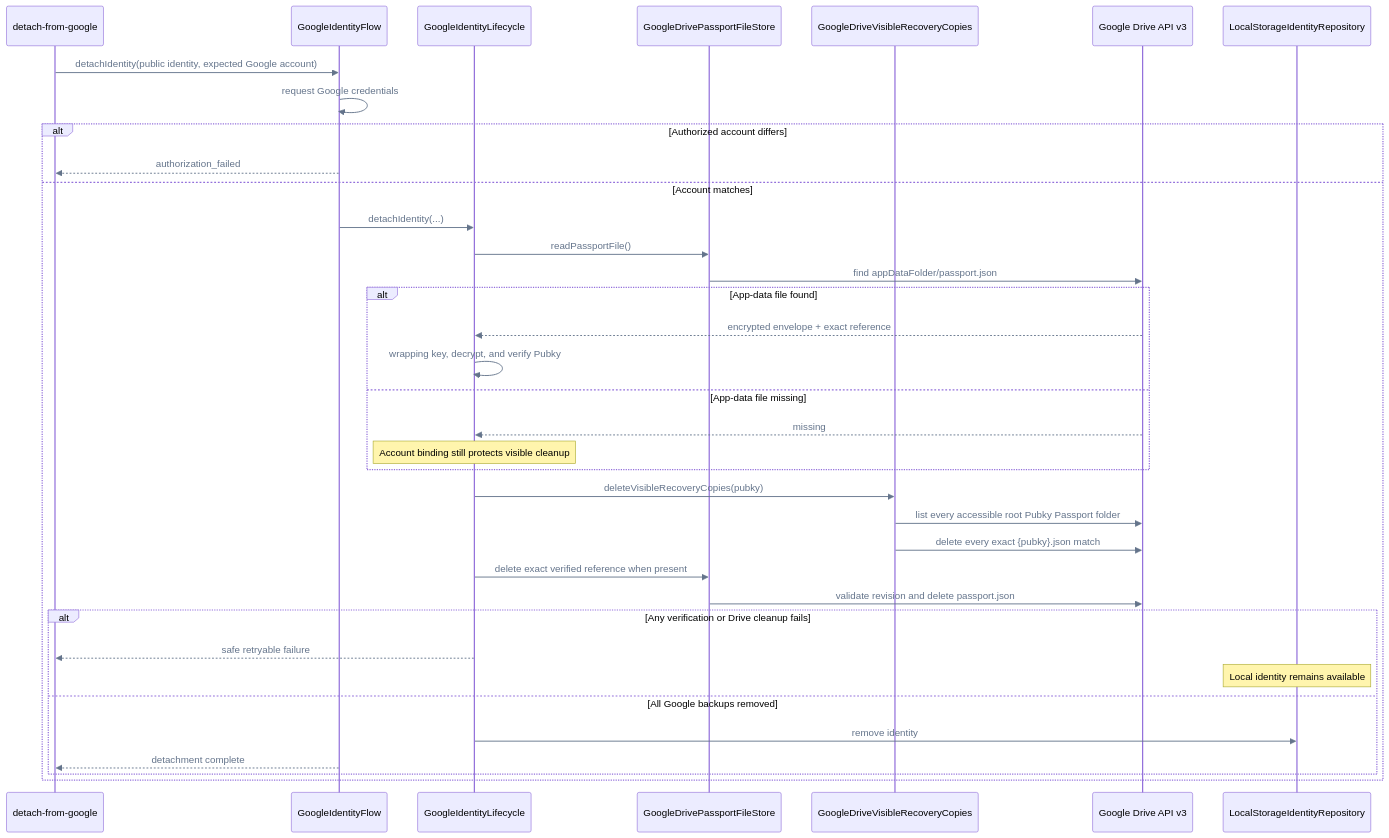
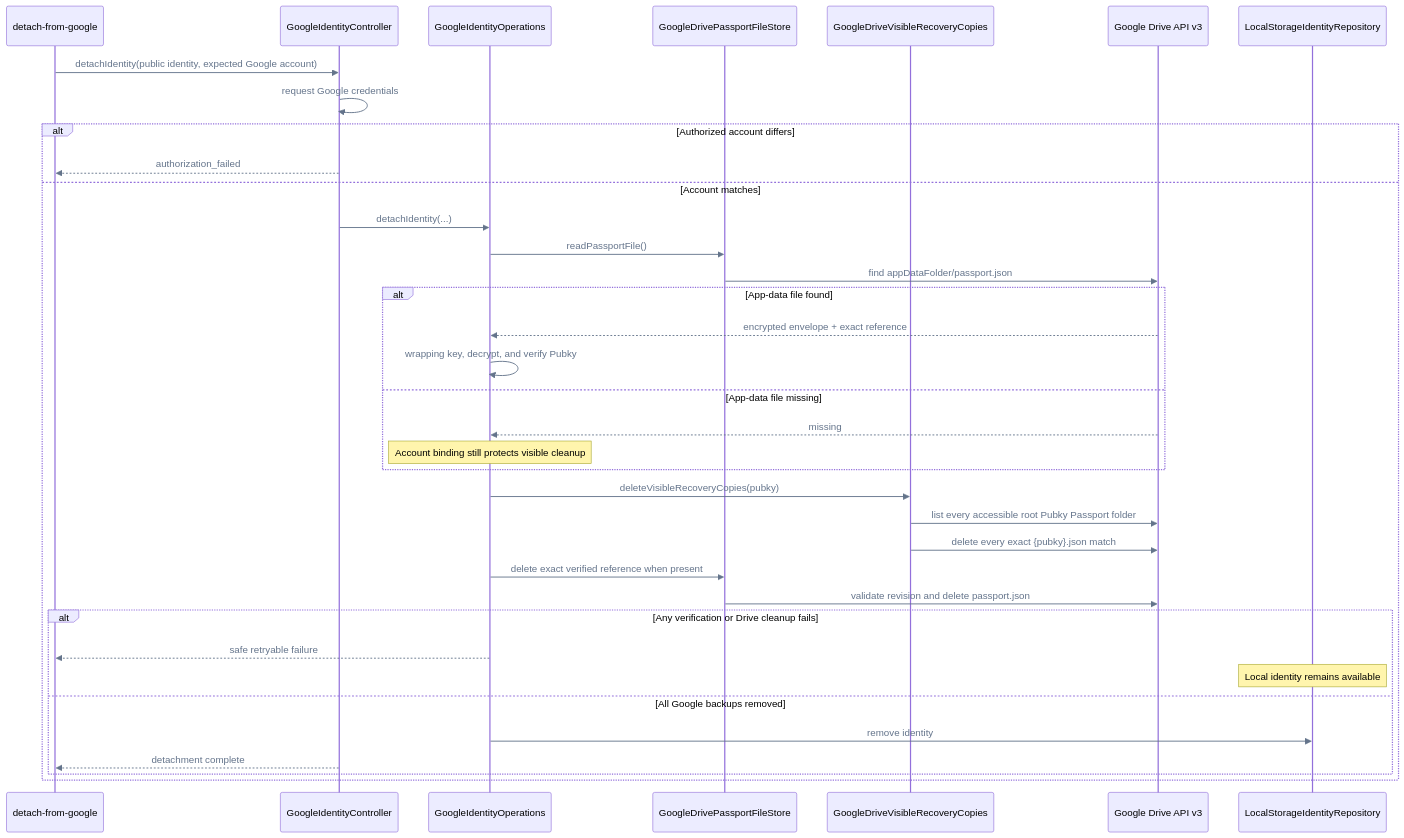
Before and after one commit to pubky/pubky-passport: diagram 12 of 14 in FLOWS.md, drawn with Mermaid. The commit also changed other lines of this file and 22 other files, not shown here.

Commit message:
refactor: use repo naming conventions in google-identity

````diff
--- a/FLOWS.md
+++ b/FLOWS.md
@@ -612,42 +612,42 @@
 ```mermaid
 %%{init: {"themeVariables": {"signalColor": "#64748B", "signalTextColor": "#64748B"}}}%%
 sequenceDiagram
     accTitle: Detach a Pubky identity from Google
     accDescr: Passport verifies the account and identity, deletes every Google backup, and clears the local identity last.
     participant UI as detach-from-google
-    participant GoogleFlow as GoogleIdentityFlow
-    participant Operations as GoogleIdentityLifecycle
+    participant GoogleController as GoogleIdentityController
+    participant Operations as GoogleIdentityOperations
     participant DriveStore as GoogleDrivePassportFileStore
     participant VisibleCopies as GoogleDriveVisibleRecoveryCopies
     participant Drive as Google Drive API v3
     participant Local as LocalStorageIdentityRepository
 
-    UI->>GoogleFlow: detachIdentity(public identity, expected Google account)
-    GoogleFlow->>GoogleFlow: request Google credentials
+    UI->>GoogleController: detachIdentity(public identity, expected Google account)
+    GoogleController->>GoogleController: request Google credentials
     alt Authorized account differs
-        GoogleFlow-->>UI: authorization_failed
+        GoogleController-->>UI: authorization_failed
     else Account matches
-        GoogleFlow->>Operations: detachIdentity(...)
+        GoogleController->>Operations: detachIdentity(...)
         Operations->>DriveStore: readPassportFile()
         DriveStore->>Drive: find appDataFolder/passport.json
         alt App-data file found
             Drive-->>Operations: encrypted envelope + exact reference
             Operations->>Operations: wrapping key, decrypt, and verify Pubky
         else App-data file missing
             Drive-->>Operations: missing
             Note over Operations: Account binding still protects visible cleanup
         end
         Operations->>VisibleCopies: deleteVisibleRecoveryCopies(pubky)
         VisibleCopies->>Drive: list every accessible root Pubky Passport folder
         VisibleCopies->>Drive: delete every exact {pubky}.json match
         Operations->>DriveStore: delete exact verified reference when present
         DriveStore->>Drive: validate revision and delete passport.json
         alt Any verification or Drive cleanup fails
             Operations-->>UI: safe retryable failure
             Note over Local: Local identity remains available
         else All Google backups removed
             Operations->>Local: remove identity
-            GoogleFlow-->>UI: detachment complete
+            GoogleController-->>UI: detachment complete
         end
     end
 ```
````
